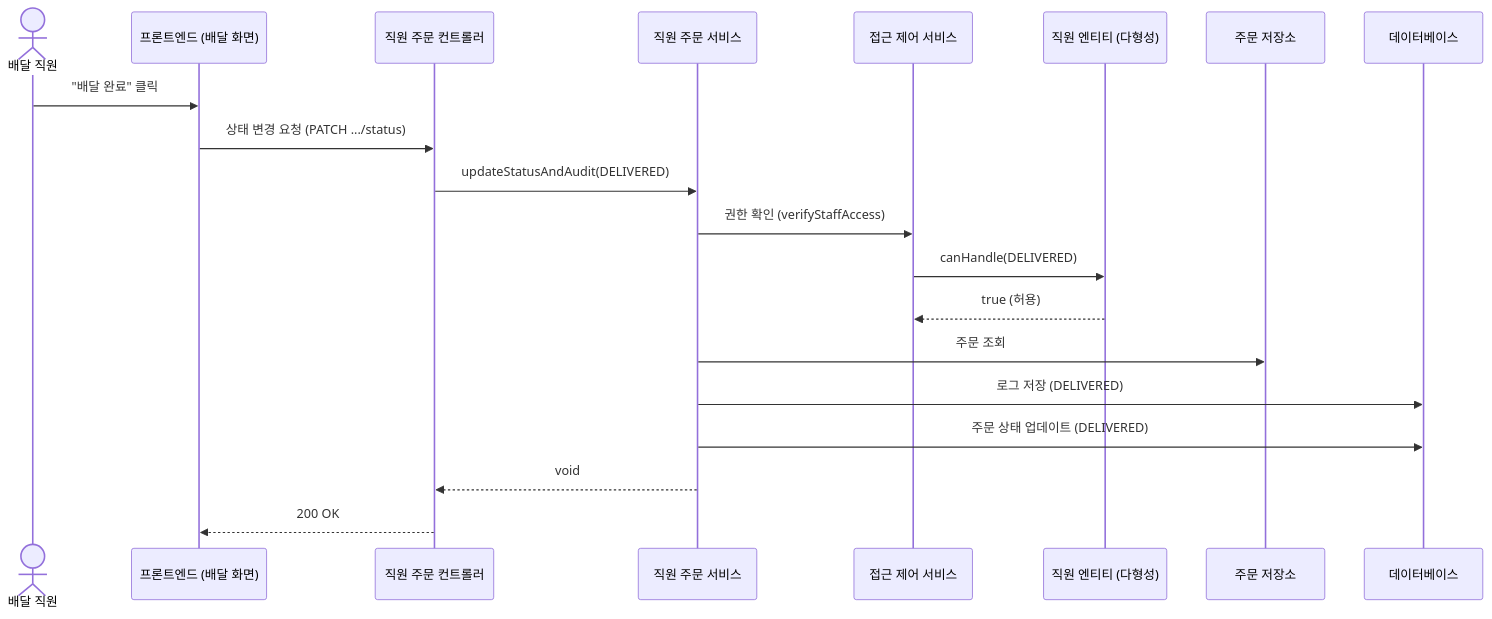
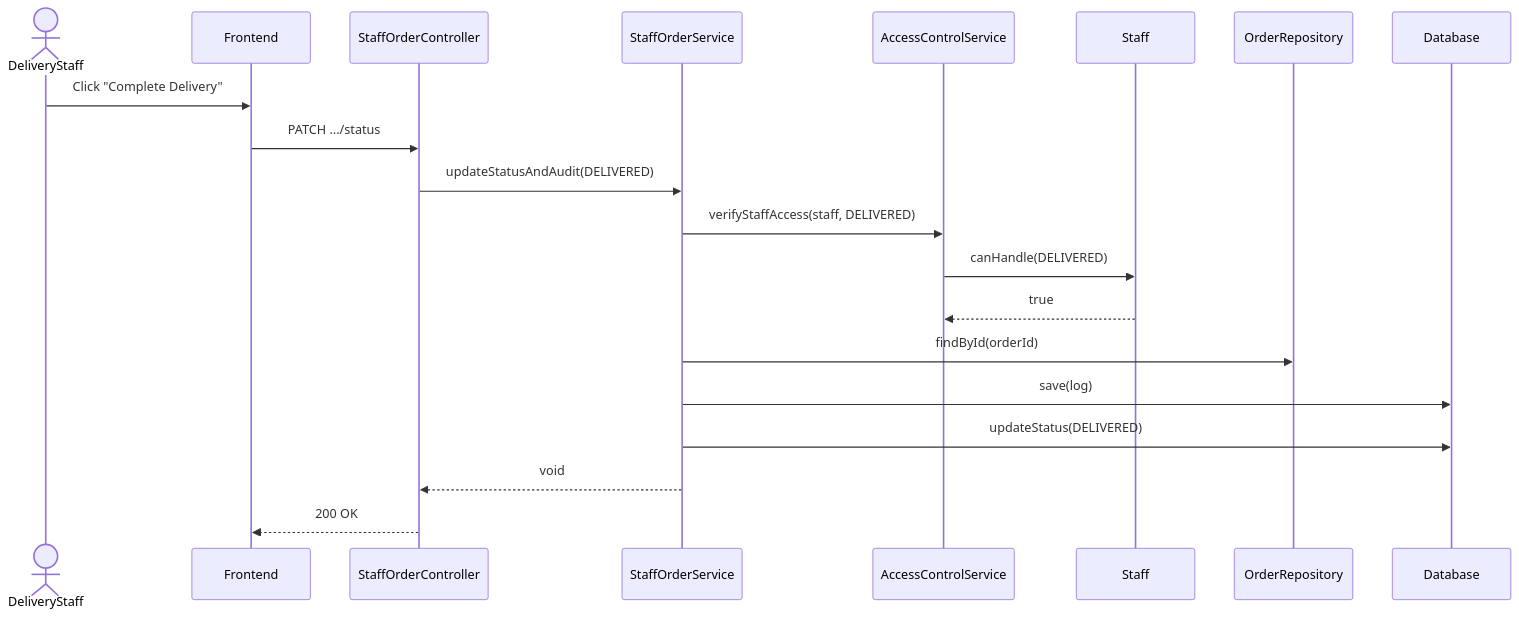
Before and after one commit to bobbobbob1010/SoftwareEngineering: the seventh of 8 diagrams in docs/시퀀스_다이어그램.md, drawn with Mermaid. The commit also changed other lines of this file, not shown here.

````diff
--- a/docs/시퀀스_다이어그램.md
+++ b/docs/시퀀스_다이어그램.md
@@ -175,26 +175,26 @@
 ```mermaid
 sequenceDiagram
-    actor DeliveryStaff as 배달 직원
-    participant Frontend as 프론트엔드 (배달 화면)
-    participant StaffOrderController as 직원 주문 컨트롤러
-    participant StaffOrderService as 직원 주문 서비스
-    participant AccessControlService as 접근 제어 서비스
-    participant StaffEntity as 직원 엔티티 (다형성)
-    participant OrderRepository as 주문 저장소
-    participant Database as 데이터베이스
+    actor DeliveryStaff
+    participant Frontend
+    participant StaffOrderController
+    participant StaffOrderService
+    participant AccessControlService
+    participant Staff
+    participant OrderRepository
+    participant Database
 
-    DeliveryStaff->>Frontend: "배달 완료" 클릭
-    Frontend->>StaffOrderController: 상태 변경 요청 (PATCH .../status)
+    DeliveryStaff->>Frontend: Click "Complete Delivery"
+    Frontend->>StaffOrderController: PATCH .../status
     StaffOrderController->>StaffOrderService: updateStatusAndAudit(DELIVERED)
 
-    StaffOrderService->>AccessControlService: 권한 확인 (verifyStaffAccess)
-    AccessControlService->>StaffEntity: canHandle(DELIVERED)
-    StaffEntity-->>AccessControlService: true (허용)
+    StaffOrderService->>AccessControlService: verifyStaffAccess(staff, DELIVERED)
+    AccessControlService->>Staff: canHandle(DELIVERED)
+    Staff-->>AccessControlService: true
 
-    StaffOrderService->>OrderRepository: 주문 조회
-    StaffOrderService->>Database: 로그 저장 (DELIVERED)
-    StaffOrderService->>Database: 주문 상태 업데이트 (DELIVERED)
+    StaffOrderService->>OrderRepository: findById(orderId)
+    StaffOrderService->>Database: save(log)
+    StaffOrderService->>Database: updateStatus(DELIVERED)
 
     StaffOrderService-->>StaffOrderController: void
     StaffOrderController-->>Frontend: 200 OK
 ```
````
